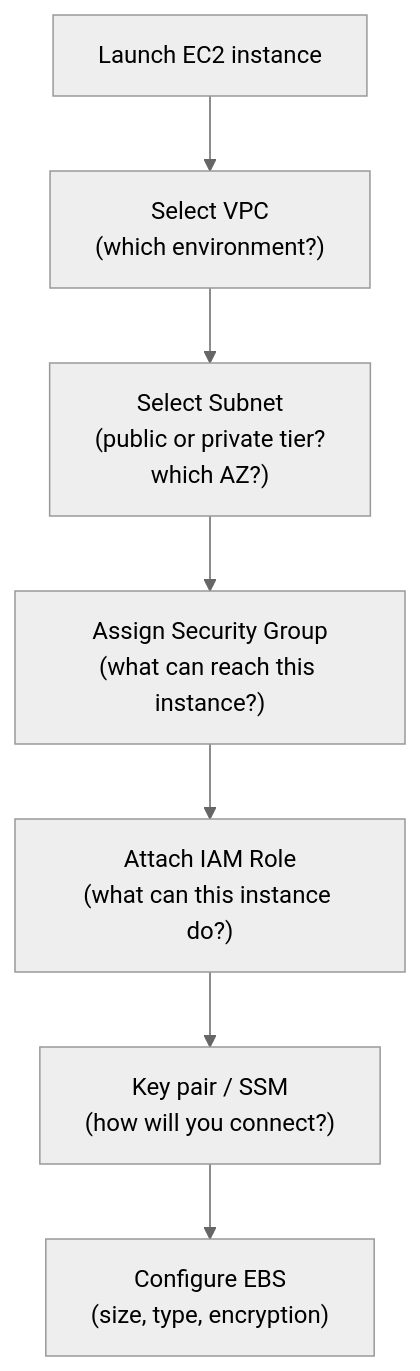
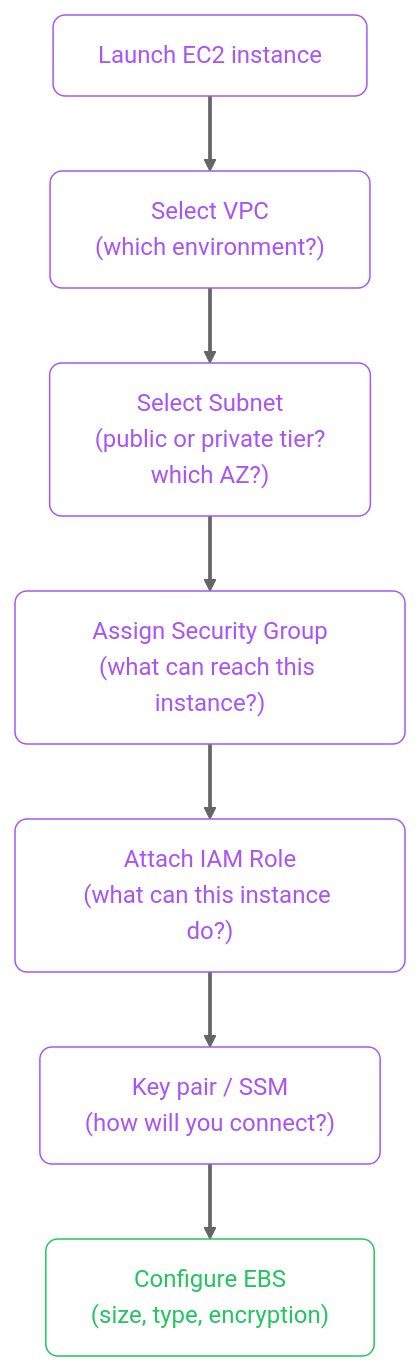
Before and after one commit to zafarale/cloudification: the fifth of 6 diagrams in src/content/cloud/aws/02-intro-vms.mdx, drawn with Mermaid (neutral theme). The commit also changed other lines of this file and 84 other files, not shown here.

````diff
--- a/src/content/cloud/aws/02-intro-vms.mdx
+++ b/src/content/cloud/aws/02-intro-vms.mdx
@@ -193,13 +216,19 @@
 ```mermaid
 flowchart TD
-    LAUNCH["Launch EC2 instance"]
+    accTitle: Launching an Instance: VPC and Security Group Placement
+    accDescr: Flowchart (td) showing Launch EC2 instance, which environment, public or private tier which AZ
+    classDef step fill:none,stroke:#a855f7,color:#a855f7,rx:8,ry:8
+    classDef ok   fill:none,stroke:#22c55e,color:#22c55e,rx:8,ry:8
+    linkStyle default stroke-width:2.5px
 
-    VPC["Select VPC\n(which environment?)"]
-    SUBNET["Select Subnet\n(public or private tier?\nwhich AZ?)"]
-    SG["Assign Security Group\n(what can reach this instance?)"]
-    ROLE["Attach IAM Role\n(what can this instance do?)"]
-    KEY["Key pair / SSM\n(how will you connect?)"]
-    EBS_SIZE["Configure EBS\n(size, type, encryption)"]
+    LAUNCH["Launch EC2 instance"]:::step
+
+    VPC["Select VPC<br/>(which environment?)"]:::step
+    SUBNET["Select Subnet<br/>(public or private tier?<br/>which AZ?)"]:::step
+    SG["Assign Security Group<br/>(what can reach this instance?)"]:::step
+    ROLE["Attach IAM Role<br/>(what can this instance do?)"]:::step
+    KEY["Key pair / SSM<br/>(how will you connect?)"]:::step
+    EBS_SIZE["Configure EBS<br/>(size, type, encryption)"]:::ok
 
     LAUNCH --> VPC --> SUBNET --> SG --> ROLE --> KEY --> EBS_SIZE
 ```
````
